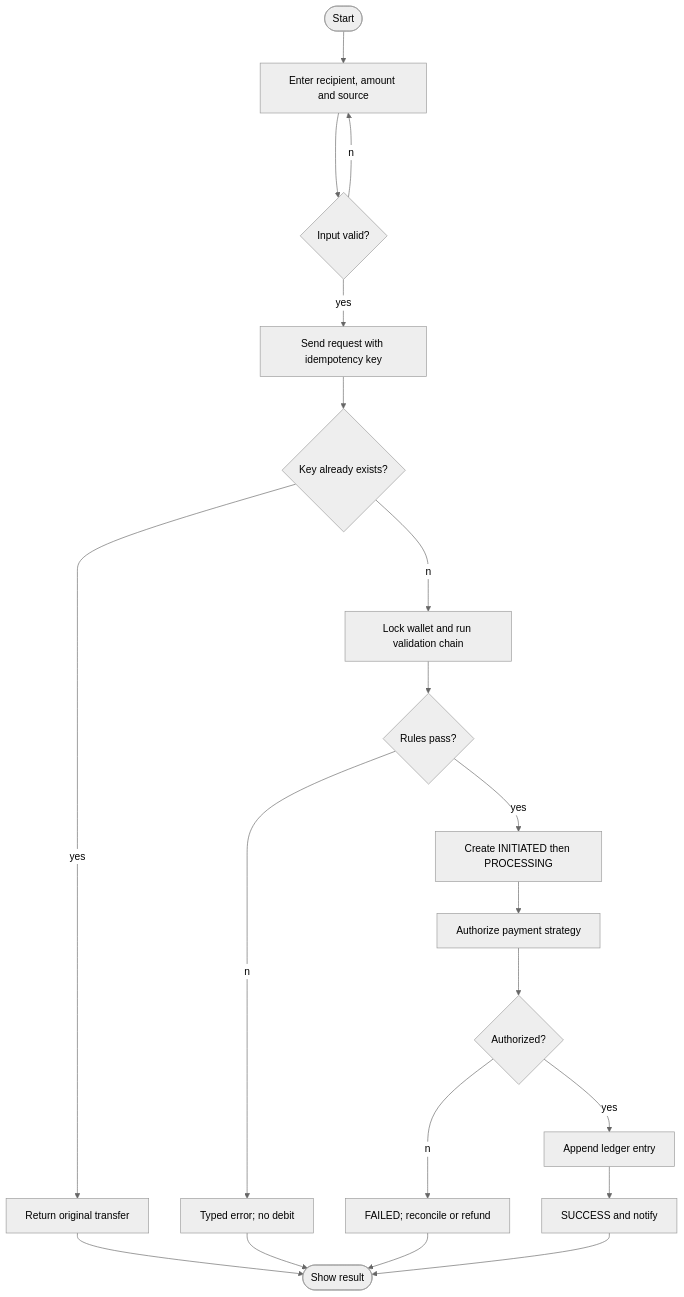
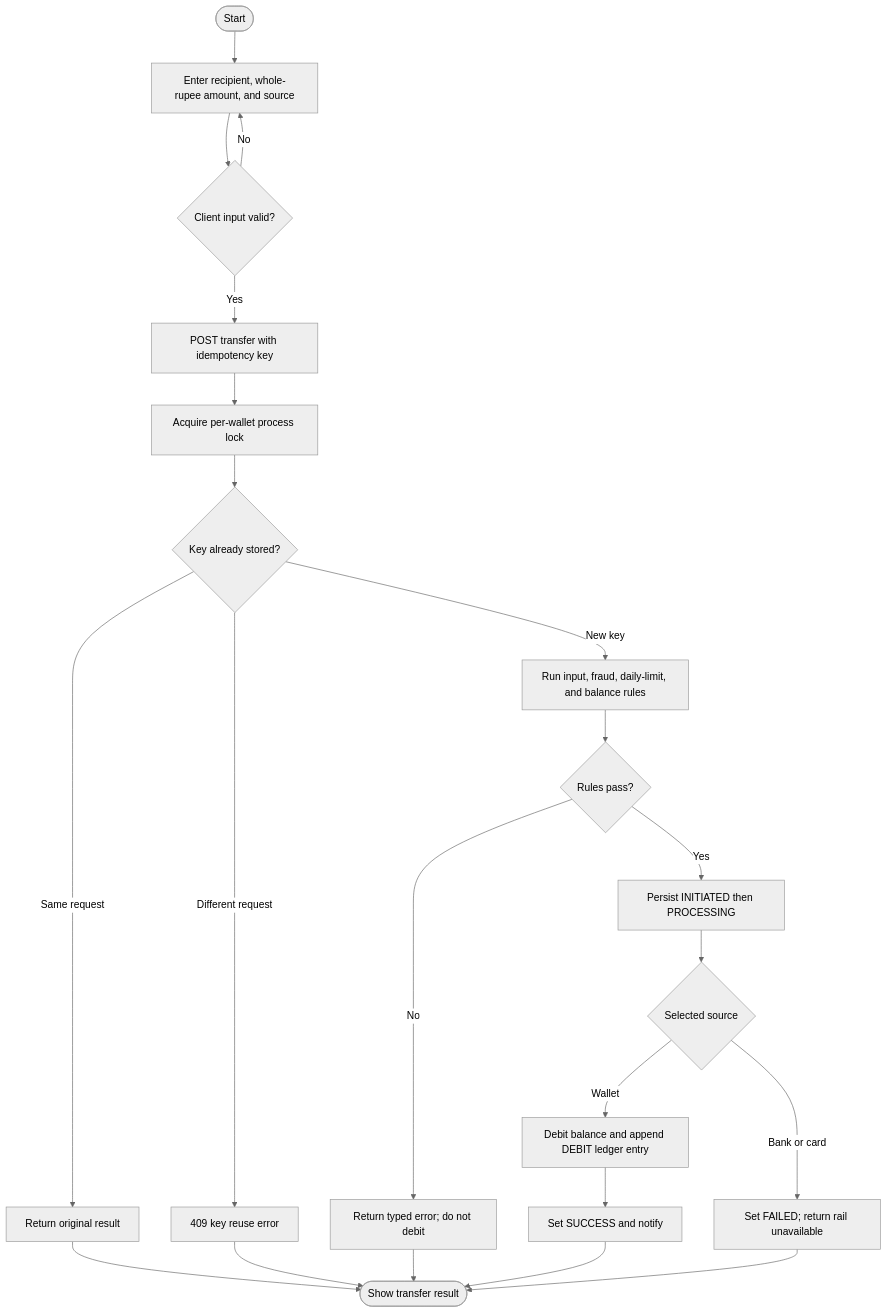
One commit to cax6505/Veyra changed the diagram in docs/transfer-activity.mmd. Above: the diagram before and after it, drawn with Mermaid (neutral theme). The commit also changed 6 other files, not shown here.

```diff
--- a/docs/transfer-activity.mmd
+++ b/docs/transfer-activity.mmd
@@ -1,20 +1,22 @@
 flowchart TD
- A([Start])-->B[Enter recipient, amount and source]
- B-->C{Input valid?}
- C--no-->B
- C--yes-->D[Send request with idempotency key]
- D-->E{Key already exists?}
- E--yes-->R[Return original transfer]
- E--no-->F[Lock wallet and run validation chain]
- F-->G{Rules pass?}
- G--no-->X[Typed error; no debit]
- G--yes-->H[Create INITIATED then PROCESSING]
- H-->I[Authorize payment strategy]
- I-->J{Authorized?}
- J--no-->K[FAILED; reconcile or refund]
- J--yes-->L[Append ledger entry]
- L-->M[SUCCESS and notify]
- R-->Z([Show result])
- X-->Z
- K-->Z
- M-->Z
+  A([Start]) --> B[Enter recipient, whole-rupee amount, and source]
+  B --> C{Client input valid?}
+  C -- No --> B
+  C -- Yes --> D[POST transfer with idempotency key]
+  D --> E[Acquire per-wallet process lock]
+  E --> F{Key already stored?}
+  F -- Same request --> G[Return original result]
+  F -- Different request --> H[409 key reuse error]
+  F -- New key --> I[Run input, fraud, daily-limit, and balance rules]
+  I --> J{Rules pass?}
+  J -- No --> K[Return typed error; do not debit]
+  J -- Yes --> L[Persist INITIATED then PROCESSING]
+  L --> M{Selected source}
+  M -- Wallet --> N[Debit balance and append DEBIT ledger entry]
+  N --> O[Set SUCCESS and notify]
+  M -- Bank or card --> P[Set FAILED; return rail unavailable]
+  G --> Q([Show transfer result])
+  H --> Q
+  K --> Q
+  O --> Q
+  P --> Q
```
